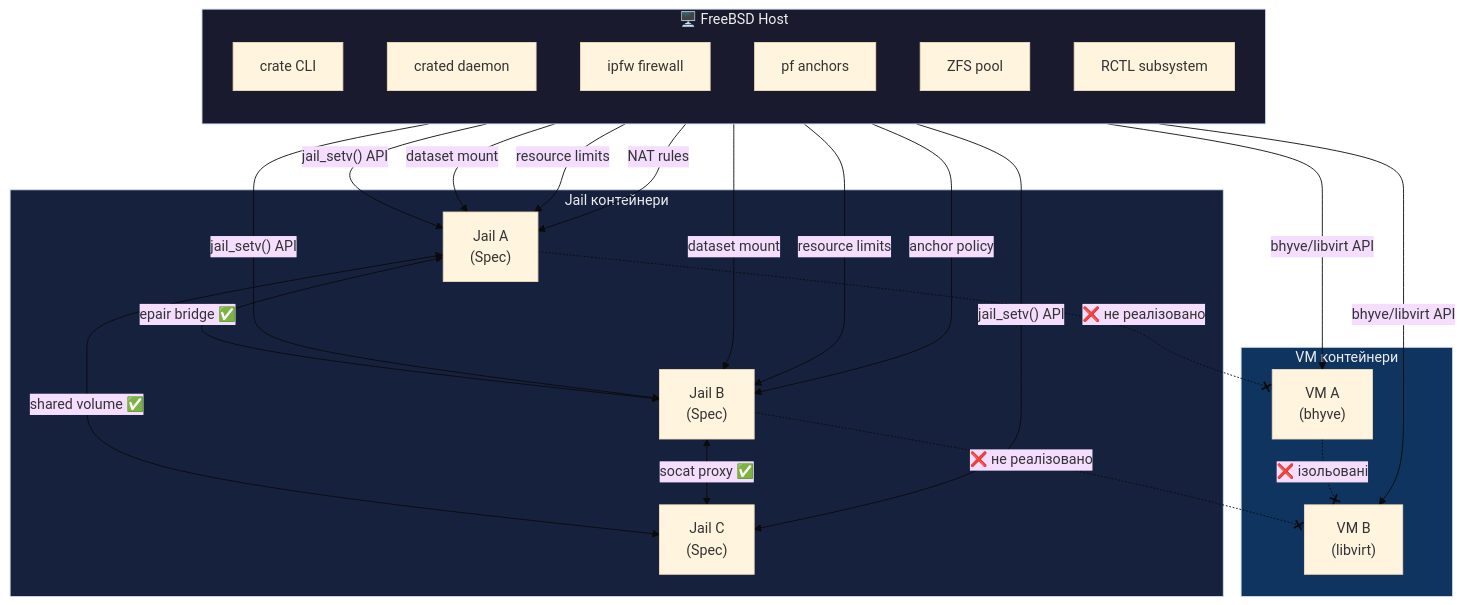
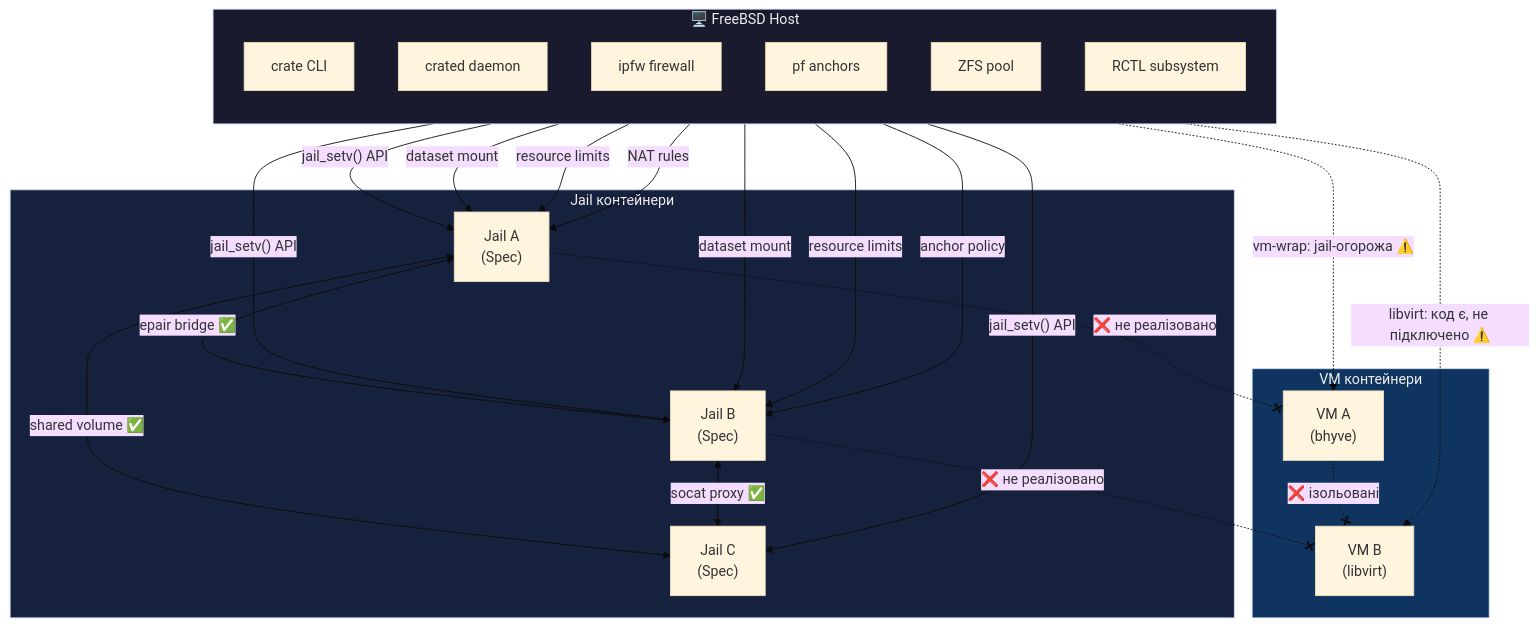
One commit to click0/crate changed the first of 7 diagrams in docs/container-interactions.md. Above: the diagram before and after it, drawn with Mermaid (base theme). The commit also changed other lines of this file and 14 other files, not shown here.

````diff
--- a/docs/container-interactions.md
+++ b/docs/container-interactions.md
@@ -15,54 +15,54 @@
 ```mermaid
 graph TB
     subgraph HOST["🖥️ FreeBSD Host"]
         direction TB
         CRATE["crate CLI"]
         DAEMON["crated daemon"]
         IPFW["ipfw firewall"]
         PF["pf anchors"]
         ZFS["ZFS pool"]
         RCTL["RCTL subsystem"]
     end
 
     subgraph JAILS["Jail контейнери"]
         J1["Jail A<br/>(Spec)"]
         J2["Jail B<br/>(Spec)"]
         J3["Jail C<br/>(Spec)"]
     end
 
     subgraph VMS["VM контейнери"]
         VM1["VM A<br/>(bhyve)"]
         VM2["VM B<br/>(libvirt)"]
     end
 
     %% Host → Jail взаємодія (реалізовано)
     CRATE -->|"jail_setv() API"| J1
     CRATE -->|"jail_setv() API"| J2
     CRATE -->|"jail_setv() API"| J3
     ZFS -->|"dataset mount"| J1
     ZFS -->|"dataset mount"| J2
     RCTL -->|"resource limits"| J1
     RCTL -->|"resource limits"| J2
     IPFW -->|"NAT rules"| J1
     PF -->|"anchor policy"| J2
 
-    %% Host → VM взаємодія (реалізовано)
-    CRATE -->|"bhyve/libvirt API"| VM1
-    CRATE -->|"bhyve/libvirt API"| VM2
+    %% Host → VM взаємодія (частково: див. легенду)
+    CRATE -.->|"vm-wrap: jail-огорожа ⚠️"| VM1
+    CRATE -.->|"libvirt: код є, не підключено ⚠️"| VM2
 
     %% Jail ↔ Jail (реалізовано)
     J1 <-->|"epair bridge ✅"| J2
     J1 <-->|"shared volume ✅"| J3
     J2 <-->|"socat proxy ✅"| J3
 
     %% Jail ↔ VM (НЕ реалізовано)
     J1 -.-x|"❌ не реалізовано"| VM1
     J2 -.-x|"❌ не реалізовано"| VM2
 
     %% VM ↔ VM (НЕ реалізовано)
     VM1 -.-x|"❌ ізольовані"| VM2
 
     style HOST fill:#1a1a2e,color:#eee
     style JAILS fill:#16213e,color:#eee
     style VMS fill:#0f3460,color:#eee
 ```
````
